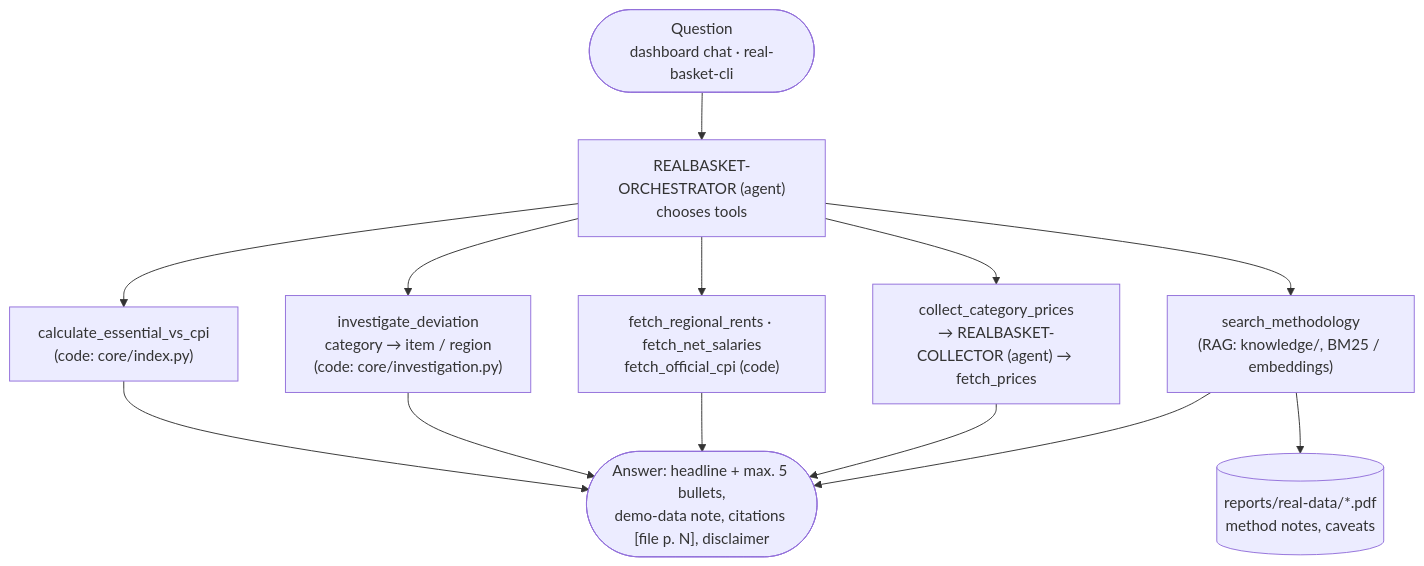
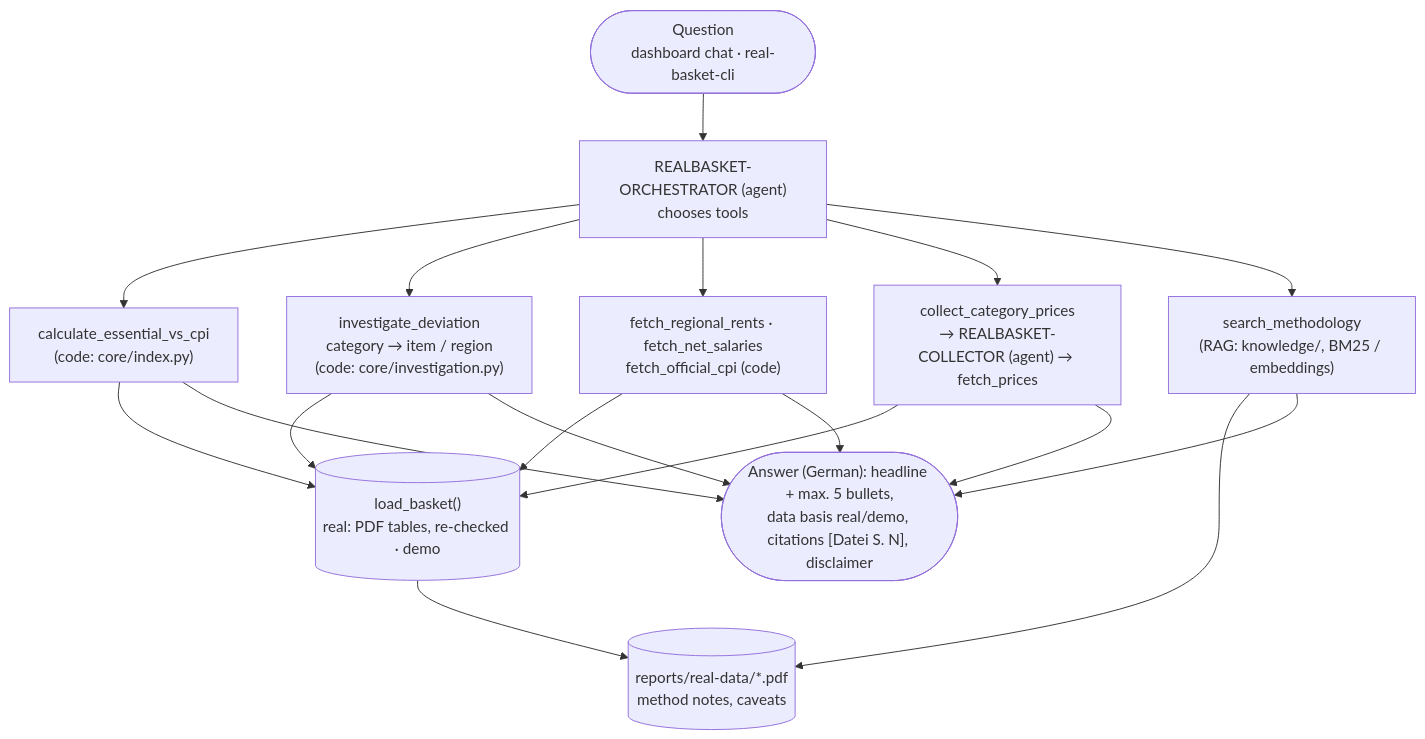
Before and after one commit to ValentinIliu1212/real-basket: the diagram in docs/process-redesign.md, drawn with Mermaid. The commit also changed other lines of this file and 19 other files, not shown here.

Commit message:
Real data from reference PDFs (deterministic table import, 9 re-checks) for index, VPI, drivers and city rents; UI and agent fully German; agent follows sidebar data source; version reference PDFs and resolve paths against project root (fixes 0 documents)

````diff
--- a/docs/process-redesign.md
+++ b/docs/process-redesign.md
@@ -19,12 +26,14 @@
 ```mermaid
 flowchart TD
     U(["Question<br/>dashboard chat · real-basket-cli"]) --> O
     O["REALBASKET-ORCHESTRATOR (agent)<br/>chooses tools"]
     O --> C["calculate_essential_vs_cpi<br/>(code: core/index.py)"]
     O --> I["investigate_deviation<br/>category → item / region<br/>(code: core/investigation.py)"]
     O --> R["fetch_regional_rents · fetch_net_salaries<br/>fetch_official_cpi (code)"]
     O --> COL["collect_category_prices<br/>→ REALBASKET-COLLECTOR (agent) → fetch_prices"]
     O --> K["search_methodology<br/>(RAG: knowledge/, BM25 / embeddings)"]
     K --> PDF[("reports/real-data/*.pdf<br/>method notes, caveats")]
-    C & I & R & COL & K --> A(["Answer: headline + max. 5 bullets,<br/>demo-data note, citations [file p. N], disclaimer"])
+    C & I & R & COL --> B[("load_basket()<br/>real: PDF tables, re-checked · demo")]
+    B --> PDF
+    C & I & R & COL & K --> A(["Answer (German): headline + max. 5 bullets,<br/>data basis real/demo, citations [Datei S. N], disclaimer"])
 ```
````
